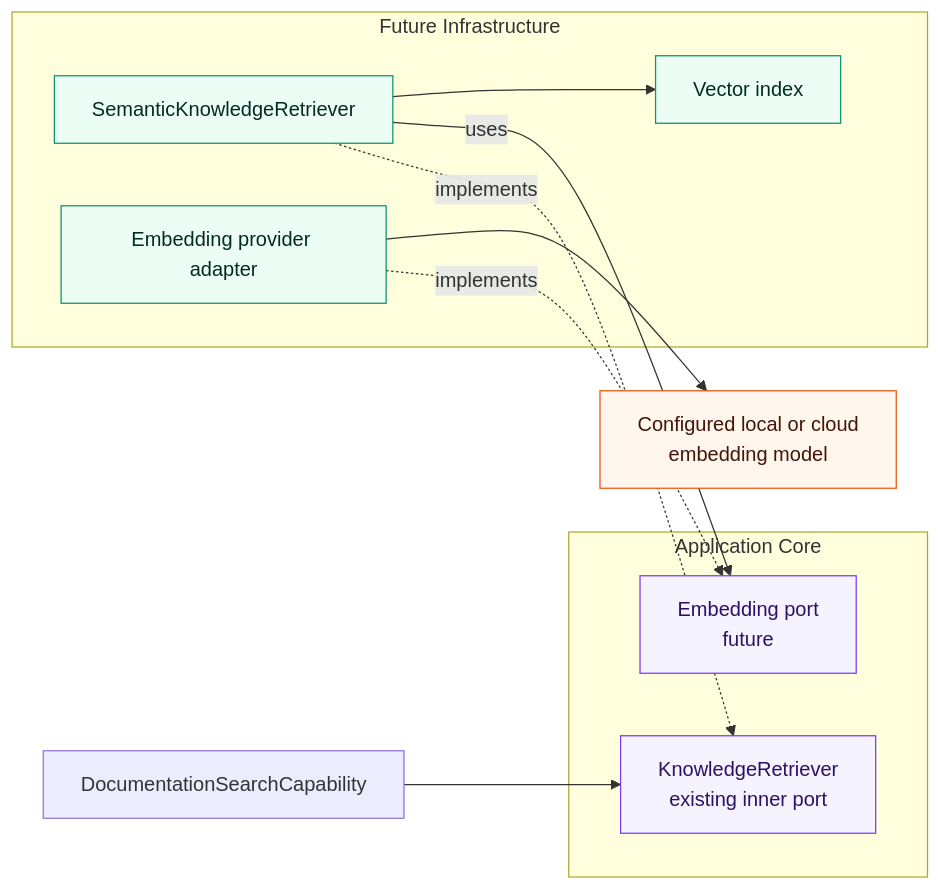
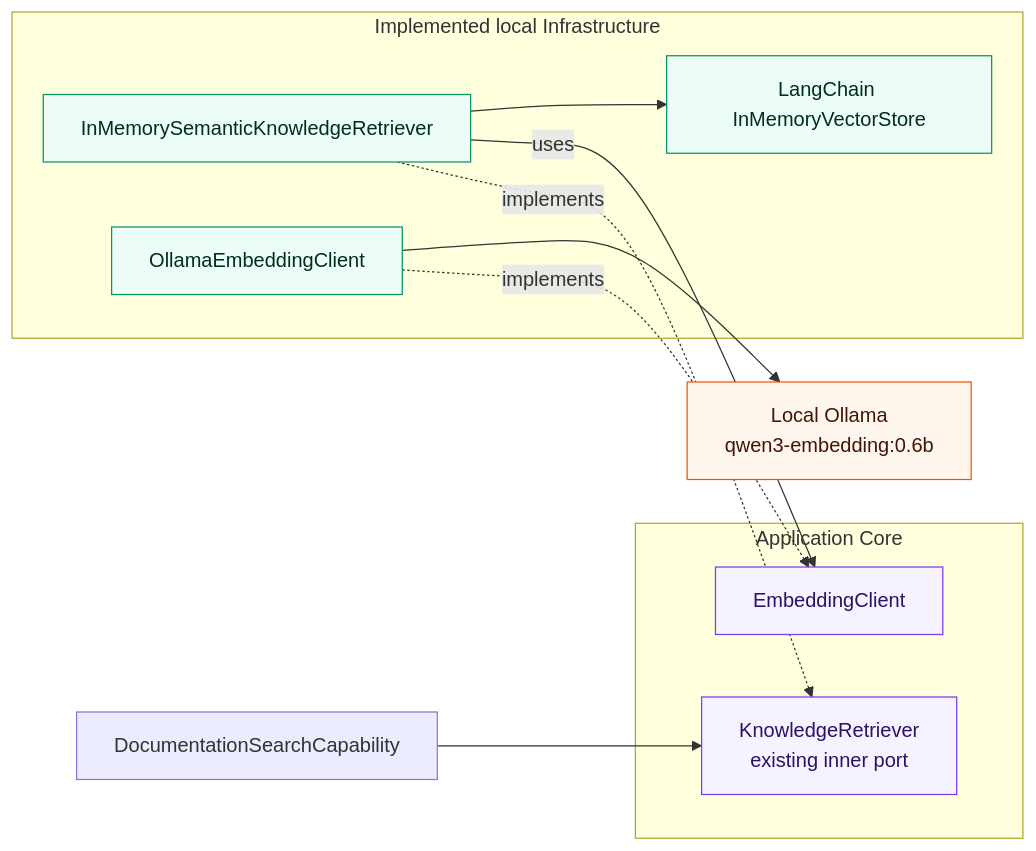
One commit to aboerzel/industrial-ai-agent changed the tenth of 11 diagrams in docs/architecture/overview.md. Above: the diagram before and after it, drawn with Mermaid. The commit also changed other lines of this file and 12 other files, not shown here.

Commit message:
feat: add semantic retrieval with local embeddings

````diff
--- a/docs/architecture/overview.md
+++ b/docs/architecture/overview.md
@@ -555,28 +570,28 @@
 ```mermaid
 flowchart LR
     Capability["DocumentationSearchCapability"] --> KnowledgePort["KnowledgeRetriever<br/>existing inner port"]
 
     subgraph Core["Application Core"]
         KnowledgePort
-        EmbeddingPort["Embedding port<br/>future"]
+        EmbeddingPort["EmbeddingClient"]
     end
 
-    subgraph Infrastructure["Future Infrastructure"]
-        Semantic["SemanticKnowledgeRetriever"]
-        Adapter["Embedding provider adapter"]
-        Index["Vector index"]
+    subgraph Infrastructure["Implemented local Infrastructure"]
+        Semantic["InMemorySemanticKnowledgeRetriever"]
+        Adapter["OllamaEmbeddingClient"]
+        Index["LangChain InMemoryVectorStore"]
     end
 
     Semantic -.->|"implements"| KnowledgePort
     Semantic -->|"uses"| EmbeddingPort
     Adapter -.->|"implements"| EmbeddingPort
     Semantic --> Index
-    Adapter --> Model["Configured local or cloud<br/>embedding model"]
+    Adapter --> Model["Local Ollama<br/>qwen3-embedding:0.6b"]
 
     classDef core fill:#f5f3ff,stroke:#7c3aed,color:#2e1065
     classDef adapter fill:#ecfdf5,stroke:#059669,color:#022c22
     classDef external fill:#fff7ed,stroke:#ea580c,color:#431407
     class KnowledgePort,EmbeddingPort core
     class Semantic,Adapter,Index adapter
     class Model external
 ```
````
